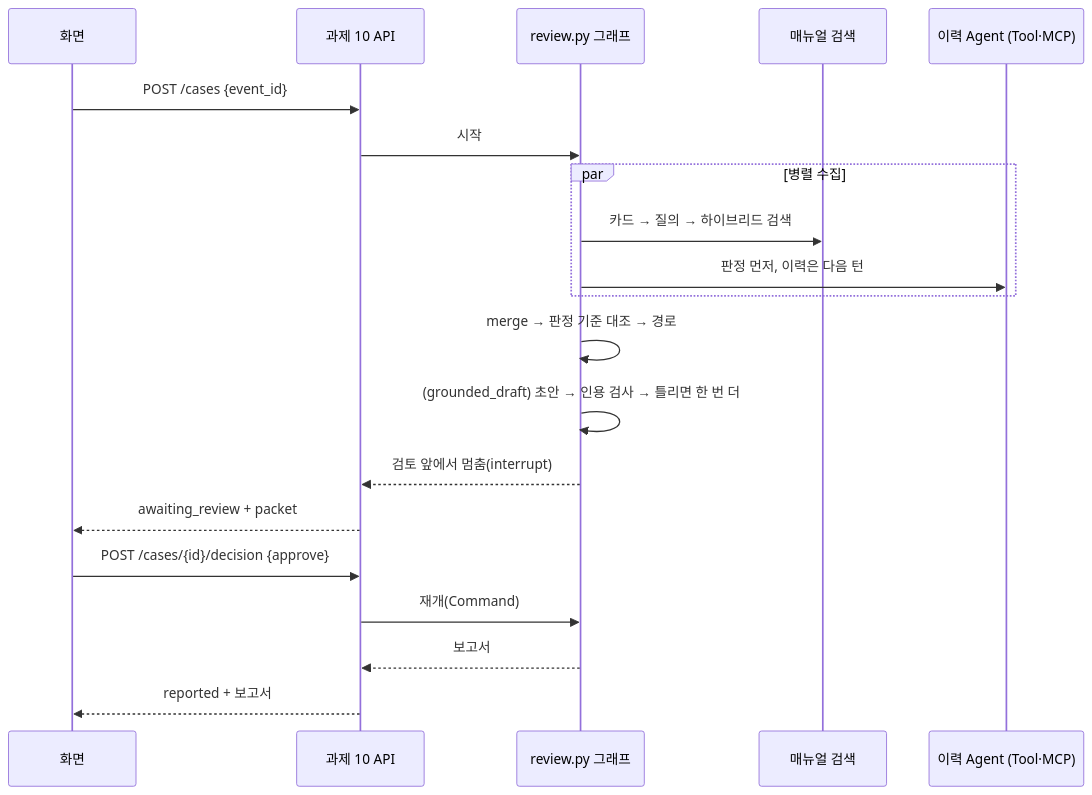
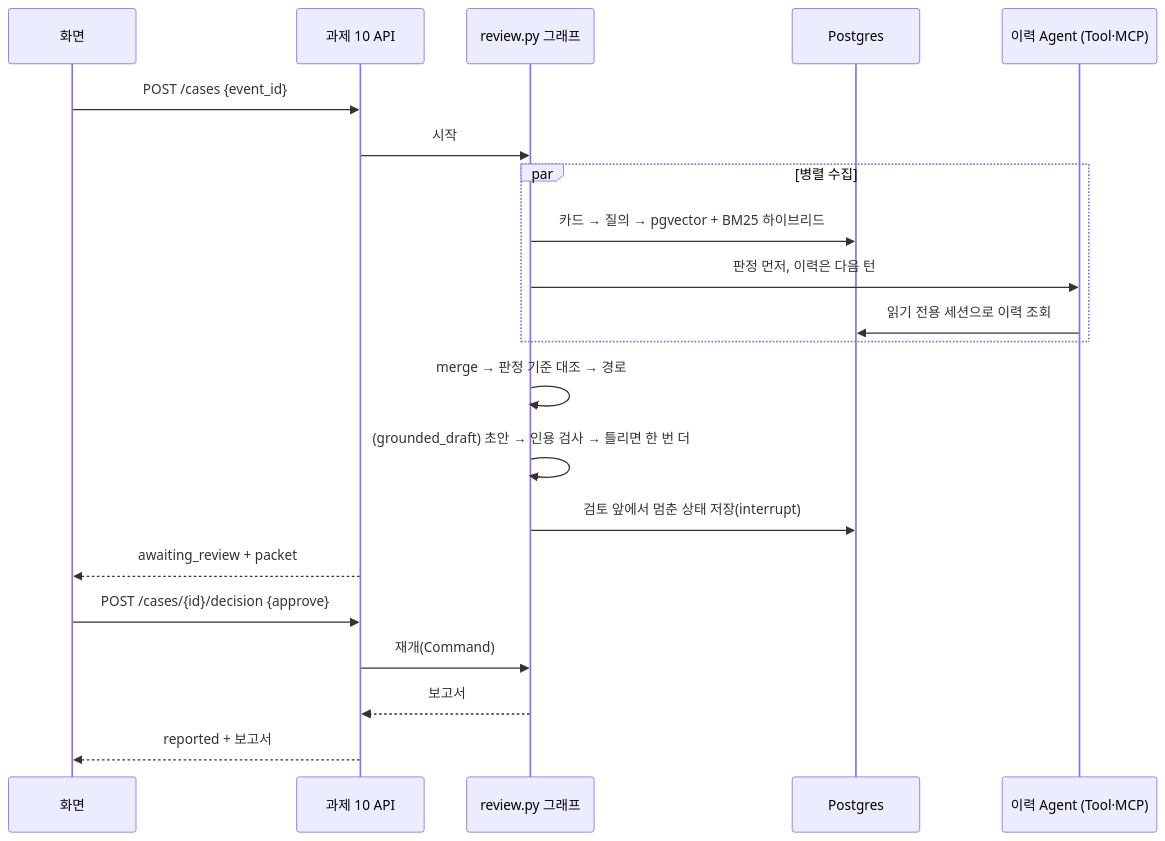
One commit to Join-su/agent-10 changed the third of 3 diagrams in docs/running-the-app.md. Above: the diagram before and after it, drawn with Mermaid. The commit also changed other lines of this file and 40 other files, not shown here.

First line of the commit message:
DB 를 Postgres(pgvector) 하나로 통일한다

````diff
--- a/docs/running-the-app.md
+++ b/docs/running-the-app.md
@@ -281,23 +279,24 @@
 ```mermaid
 sequenceDiagram
     participant UI as 화면
     participant API as 과제 10 API
     participant G as review.py 그래프
-    participant M as 매뉴얼 검색
+    participant DB as Postgres
     participant H as 이력 Agent (Tool·MCP)
 
     UI->>API: POST /cases {event_id}
     API->>G: 시작
     par 병렬 수집
-        G->>M: 카드 → 질의 → 하이브리드 검색
+        G->>DB: 카드 → 질의 → pgvector + BM25 하이브리드
         G->>H: 판정 먼저, 이력은 다음 턴
+        H->>DB: 읽기 전용 세션으로 이력 조회
     end
     G->>G: merge → 판정 기준 대조 → 경로
     G->>G: (grounded_draft) 초안 → 인용 검사 → 틀리면 한 번 더
-    G-->>API: 검토 앞에서 멈춤(interrupt)
+    G->>DB: 검토 앞에서 멈춘 상태 저장(interrupt)
     API-->>UI: awaiting_review + packet
     UI->>API: POST /cases/{id}/decision {approve}
     API->>G: 재개(Command)
     G-->>API: 보고서
     API-->>UI: reported + 보고서
 ```
````
